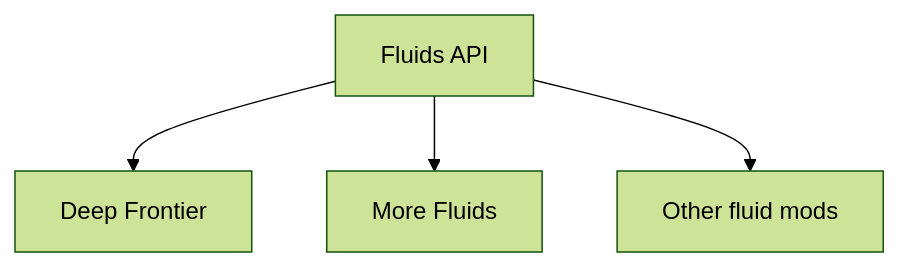
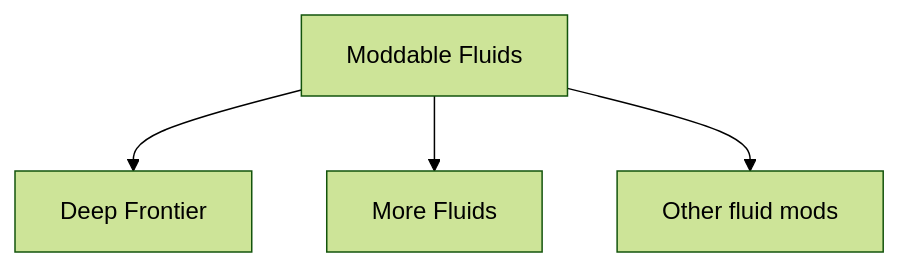
The diagram in docs/fluids-api-plan.md (Jordan-Jarvis/timberborn-deep-frontier), drawn with Mermaid (forest theme) before and after one commit. The commit also changed other lines of this file and 98 other files, not shown here.

First line of the commit message:
Rename the fluid foundation to Moddable Fluids

````diff
--- a/docs/fluids-api-plan.md
+++ b/docs/fluids-api-plan.md
@@ -11,6 +11,6 @@
 ```mermaid
 flowchart TD
-    API[Fluids API] --> DF[Deep Frontier]
+    API[Moddable Fluids] --> DF[Deep Frontier]
     API --> MF[More Fluids]
     API --> THIRD[Other fluid mods]
 ```
````
